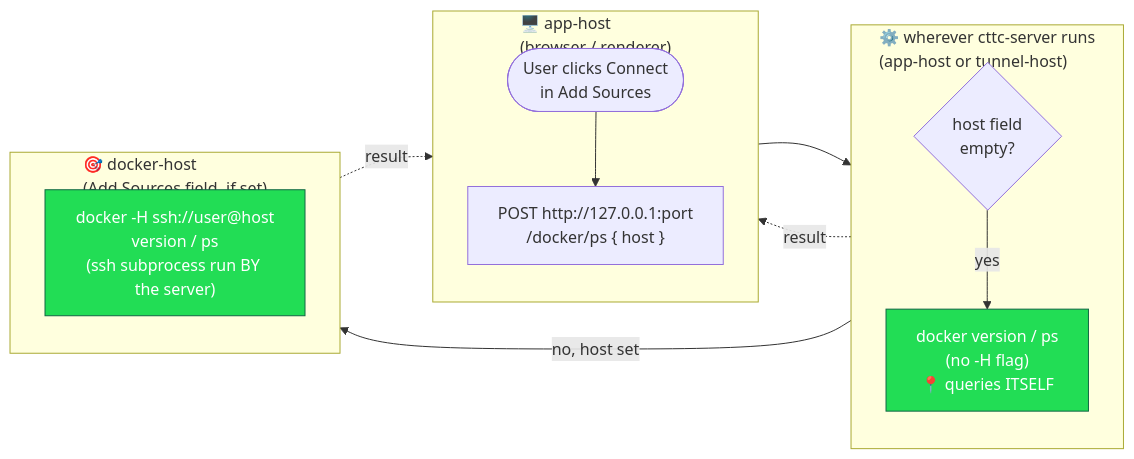
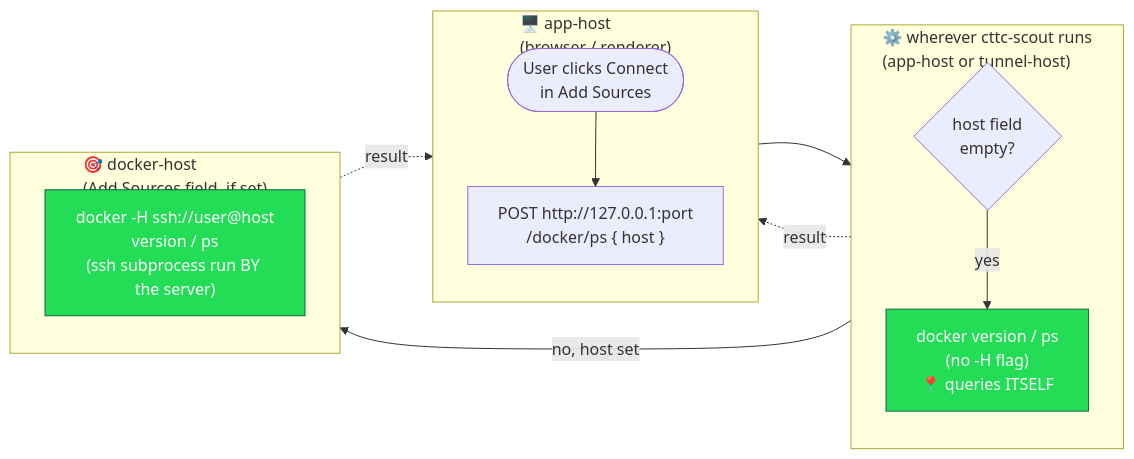
Before and after one commit to oliben67/cut-to-the-chase: the first of 2 diagrams in docs/architecture/docker-target-resolution.md, drawn with Mermaid. The commit also changed other lines of this file and 7 other files, not shown here.

First line of the commit message:
chore: rename cttc-server to cttc-scout

````diff
--- a/docs/architecture/docker-target-resolution.md
+++ b/docs/architecture/docker-target-resolution.md
@@ -26,27 +26,27 @@
 ```mermaid
 flowchart LR
     subgraph L1["🖥️ app-host<br/>(browser / renderer)"]
         direction TB
         S1(["User clicks Connect<br/>in Add Sources"]) --> S2["POST http://127.0.0.1:port<br/>/docker/ps { host }"]
     end
 
-    subgraph L2["⚙️ wherever cttc-server runs<br/>(app-host or tunnel-host)"]
+    subgraph L2["⚙️ wherever cttc-scout runs<br/>(app-host or tunnel-host)"]
         direction TB
         S3{"host field<br/>empty?"}
         S4["docker version / ps<br/>(no -H flag)<br/>📍 queries ITSELF"]
         S3 -- "yes" --> S4
     end
 
     subgraph L3["🎯 docker-host<br/>(Add Sources field, if set)"]
         direction TB
         S5["docker -H ssh://user@host<br/>version / ps<br/>(ssh subprocess run BY the server)"]
     end
 
     S2 --> S3
     S3 -- "no, host set" --> S5
     S4 -. result .-> S2
     S5 -. result .-> S2
 
     classDef here fill:#2d5,stroke:#164,color:#fff
     class S4,S5 here
 ```
````
